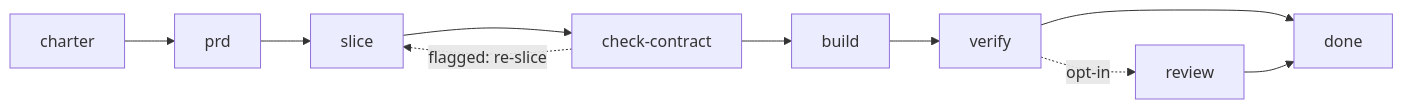
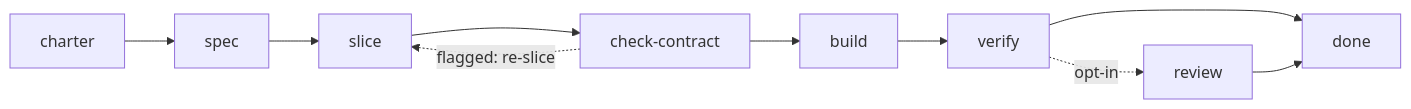
One commit to ultish/kurukuru changed the first of 2 diagrams in skills/kuru-method/SKILL.md. Above: the diagram before and after it, drawn with Mermaid. The commit also changed other lines of this file and 23 other files, not shown here.

First line of the commit message:
Release 2.0.0: rename PRD phase to spec (BREAKING) + reviewing-a-slice skill

````diff
--- a/skills/kuru-method/SKILL.md
+++ b/skills/kuru-method/SKILL.md
@@ -17,6 +17,6 @@
 ```mermaid
 flowchart LR
-    charter --> prd --> slice --> check[check-contract] --> build --> verify --> done
+    charter --> spec --> slice --> check[check-contract] --> build --> verify --> done
     check -. flagged: re-slice .-> slice
     verify -. opt-in .-> review --> done
 ```
````
